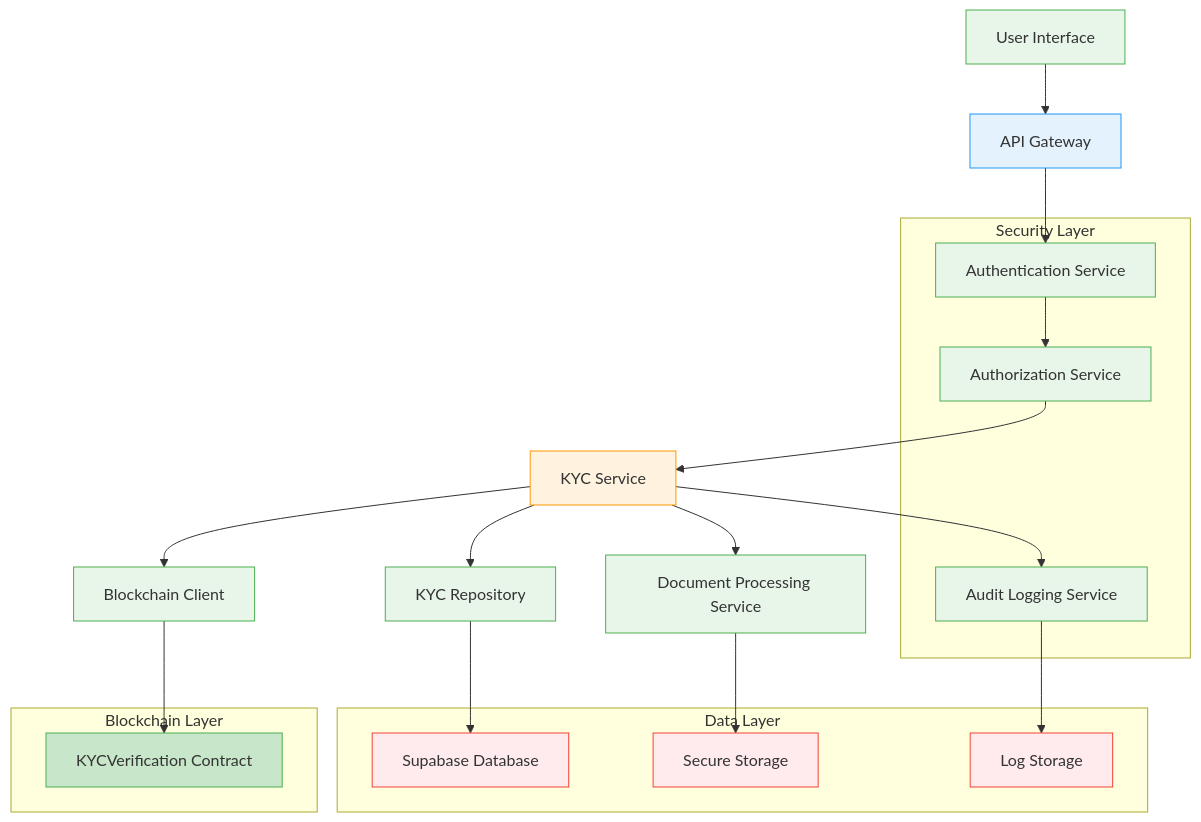
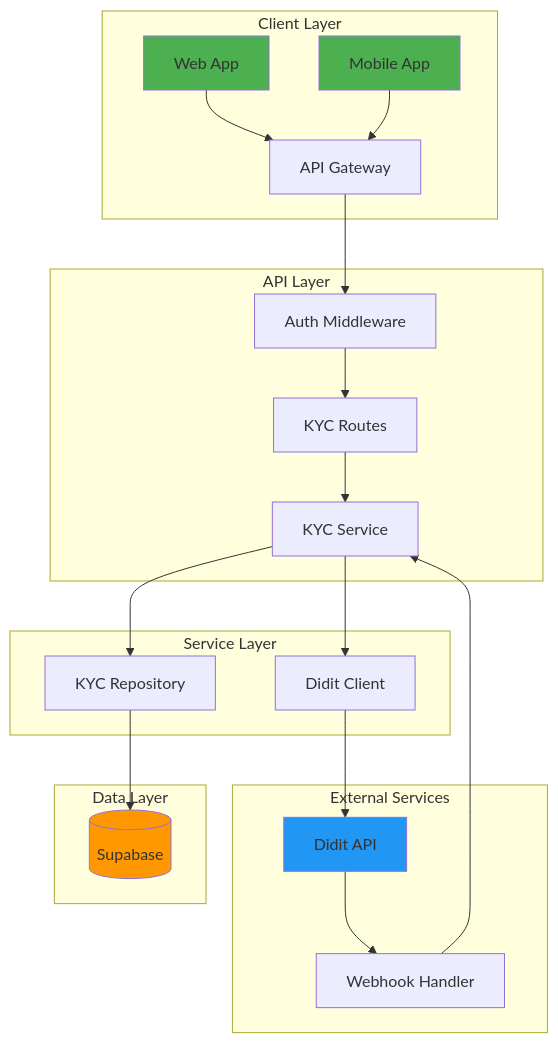
The third of 3 diagrams in docs/content/Security Considerations/Data Privacy & KYC Protection.md (ProTechPh/FreelanceXchain-api), drawn with Mermaid before and after one commit. The commit also changed other lines of this file and 13 other files, not shown here.

First line of the commit message:
feat(kyc): integrate Didit KYC API replacing custom implementation

````diff
--- a/docs/content/Security Considerations/Data Privacy & KYC Protection.md
+++ b/docs/content/Security Considerations/Data Privacy & KYC Protection.md
@@ -233,41 +360,33 @@
 ```mermaid
 graph TD
-A[User Interface] --> B[API Gateway]
-B --> C[Authentication Service]
-C --> D[Authorization Service]
-D --> E[KYC Service]
-E --> F[KYC Repository]
-F --> G[Supabase Database]
-E --> H[Blockchain Client]
-H --> I[KYCVerification Contract]
-E --> J[Document Processing Service]
-J --> K[Secure Storage]
-E --> L[Audit Logging Service]
-L --> M[Log Storage]
-style A fill:#E8F5E9,stroke:#4CAF50
-style B fill:#E3F2FD,stroke:#2196F3
-style C fill:#E8F5E9,stroke:#4CAF50
-style D fill:#E8F5E9,stroke:#4CAF50
-style E fill:#FFF3E0,stroke:#FF9800
-style F fill:#E8F5E9,stroke:#4CAF50
-style G fill:#FFEBEE,stroke:#F44336
-style H fill:#E8F5E9,stroke:#4CAF50
-style I fill:#C8E6C9,stroke:#4CAF50
-style J fill:#E8F5E9,stroke:#4CAF50
-style K fill:#FFEBEE,stroke:#F44336
-style L fill:#E8F5E9,stroke:#4CAF50
-style M fill:#FFEBEE,stroke:#F44336
-subgraph "Security Layer"
-C
-D
-L
-end
-subgraph "Data Layer"
-G
-K
-M
-end
-subgraph "Blockchain Layer"
-I
-end
+    subgraph "Client Layer"
+        A[Web App] --> B[API Gateway]
+        M[Mobile App] --> B
+    end
+    
+    subgraph "API Layer"
+        B --> C[Auth Middleware]
+        C --> D[KYC Routes]
+        D --> E[KYC Service]
+    end
+    
+    subgraph "Service Layer"
+        E --> F[Didit Client]
+        E --> G[KYC Repository]
+    end
+    
+    subgraph "External Services"
+        F --> H[Didit API]
+        H --> I[Webhook Handler]
+        I --> E
+    end
+    
+    subgraph "Data Layer"
+        G --> J[(Supabase)]
+    end
+    
+    style A fill:#4CAF50
+    style M fill:#4CAF50
+    style H fill:#2196F3
+    style J fill:#FF9800
 ```
````
